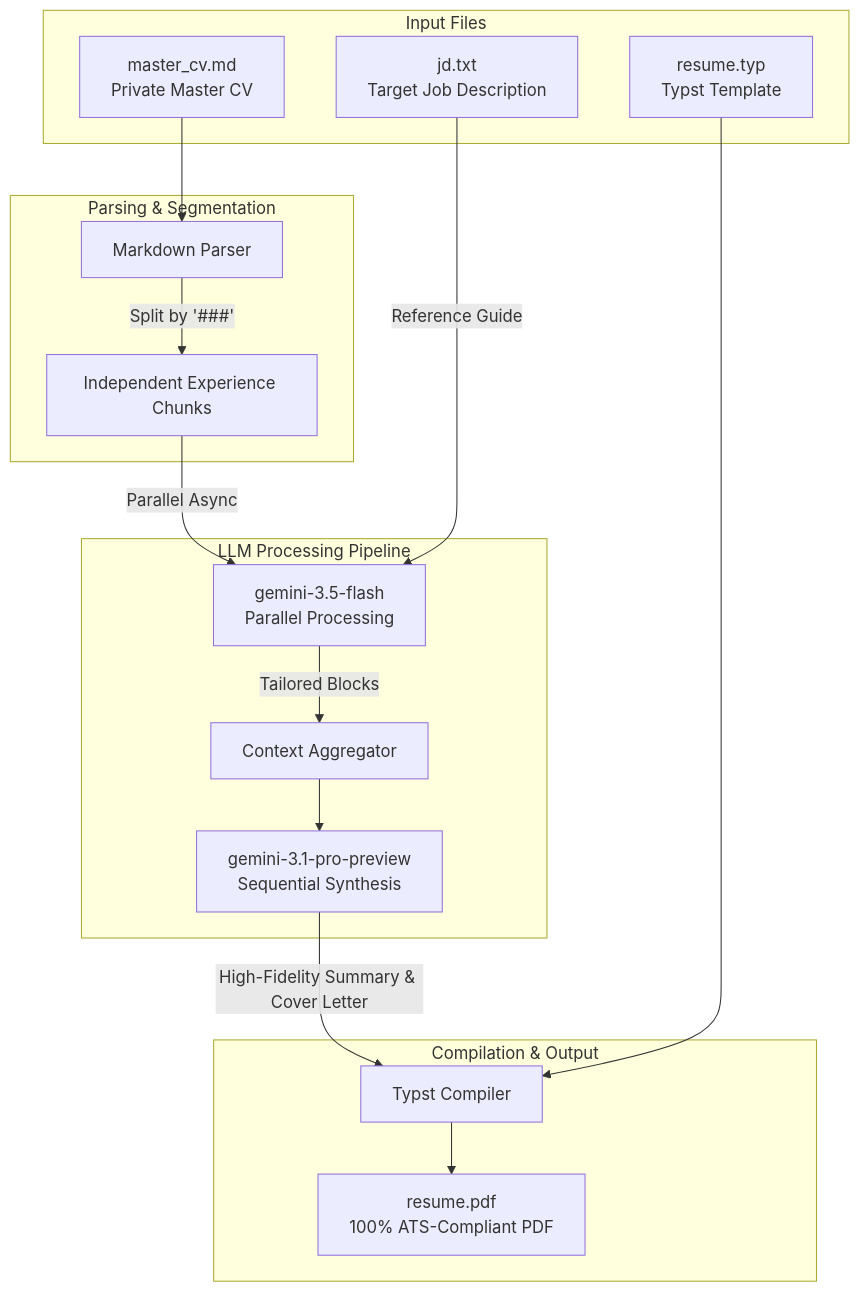
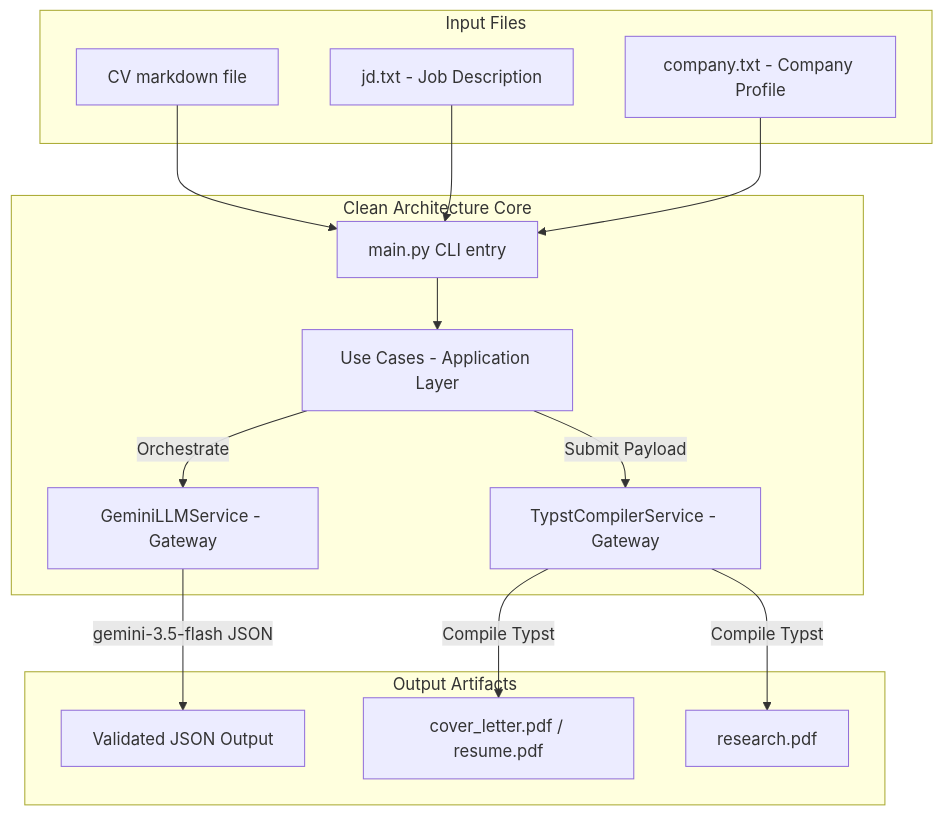
Before and after one commit to gmendozah/context-forge: the diagram in README.md, drawn with Mermaid. The commit also changed other lines of this file and 30 other files, not shown here.

First line of the commit message:
refactor: migrate to Clean Architecture and implement Resume & Cover Letter pipelines

````diff
--- a/README.md
+++ b/README.md
@@ -38,34 +47,31 @@
 ```mermaid
 graph TD
     subgraph Input Files
-        MCV[master_cv.md <br/> Private Master CV]
-        JD[jd.txt <br/> Target Job Description]
-        TEMP[resume.typ <br/> Typst Template]
+        CV[CV markdown file]
+        JD[jd.txt - Job Description]
+        COMP[company.txt - Company Profile]
     end
 
-    subgraph Parsing & Segmentation
-        Parser[Markdown Parser]
-        Chunks[Independent Experience Chunks]
+    subgraph Clean Architecture Core
+        CLI[main.py CLI entry]
+        UC[Use Cases - Application Layer]
+        LLM[GeminiLLMService - Gateway]
+        CompService[TypstCompilerService - Gateway]
     end
 
-    subgraph LLM Processing Pipeline
-        Flash[gemini-3.5-flash <br/> Parallel Processing]
-        Aggregator[Context Aggregator]
-        Pro[gemini-3.1-pro-preview <br/> Sequential Synthesis]
+    subgraph Output Artifacts
+        JSON[Validated JSON Output]
+        PDF1[cover_letter.pdf / resume.pdf]
+        PDF2[research.pdf]
     end
 
-    subgraph Compilation & Output
-        Compiler[Typst Compiler]
-        PDF[resume.pdf <br/> 100% ATS-Compliant PDF]
-    end
-
-    MCV --> Parser
-    Parser -->|Split by '###'| Chunks
-    Chunks -->|Parallel Async| Flash
-    JD -->|Reference Guide| Flash
-    Flash -->|Tailored Blocks| Aggregator
-    Aggregator --> Pro
-    Pro -->|High-Fidelity Summary & Cover Letter| Compiler
-    TEMP --> Compiler
-    Compiler --> PDF
+    CV --> CLI
+    JD --> CLI
+    COMP --> CLI
+    CLI --> UC
+    UC -->|Orchestrate| LLM
+    LLM -->|gemini-3.5-flash JSON| JSON
+    UC -->|Submit Payload| CompService
+    CompService -->|Compile Typst| PDF1
+    CompService -->|Compile Typst| PDF2
 ```
````
